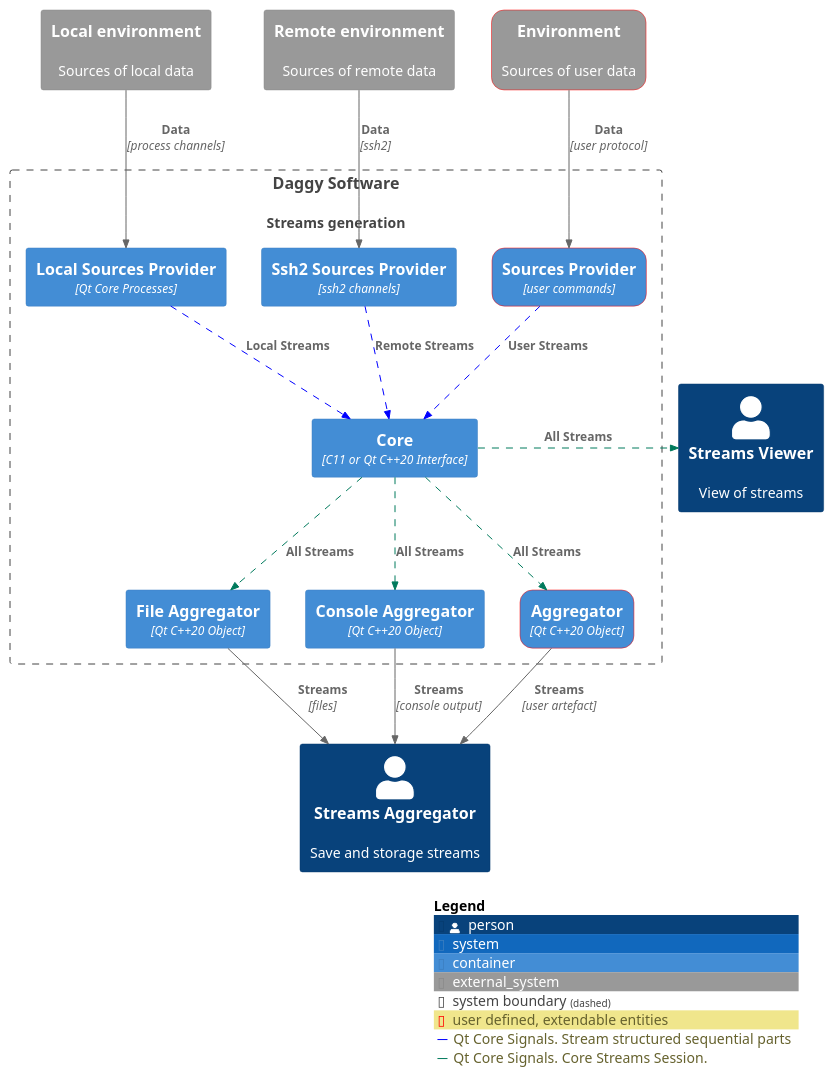
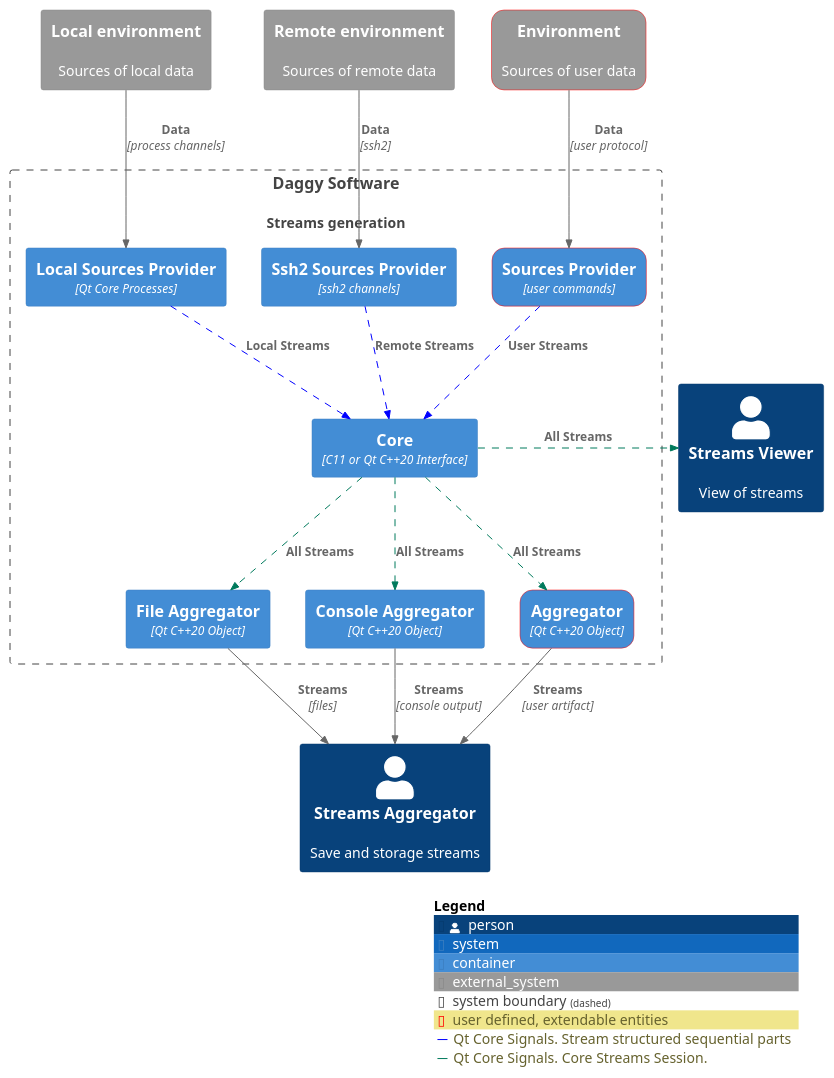
The diagram in docs/daggy_c4_L2.plantuml (synacker/daggy), drawn with PlantUML before and after one commit. The commit also changed 21 other files, not shown here.

```diff
--- a/docs/daggy_c4_L2.plantuml
+++ b/docs/daggy_c4_L2.plantuml
@@ -1,44 +1,44 @@
 @startuml C4_Elements
 !include https://raw.githubusercontent.com/plantuml-stdlib/C4-PlantUML/master/C4_Container.puml
 
 AddElementTag("user_defined", $borderColor="red", $shape=RoundedBoxShape(), $legendText="user defined, extendable entities")
 AddRelTag("qtsignals", $lineColor="blue", $lineStyle = DashedLine(), $legendText="Qt Core Signals. Stream structured sequential parts")
 AddRelTag("session", $lineColor="#007A5C", $lineStyle = DashedLine(), $legendText="Qt Core Signals. Core Streams Session.")
 
 Person(aggregator, "Streams Aggregator", "Save and storage streams")
 Person(viewer, "Streams Viewer", "View of streams")
 
 System_Ext(system_local_environment, "Local environment", "Sources of local data")
 System_Ext(system_remote_environment, "Remote environment", "Sources of remote data")
 System_Ext(system_user_defined_environment, "Environment", "Sources of user data", $tags="user_defined")
 System(system_daggy, "Daggy Software", "Streams generation")
 
 System_Boundary(system_daggy, "Daggy Software"){
     Container(provider_local, "Local Sources Provider", "Qt Core Processes")
     Container(provider_ssh2, "Ssh2 Sources Provider", "ssh2 channels")
     Container(provider_user, "Sources Provider", "user commands", $tags="user_defined")
     Container(core, "Core", "C11 or Qt C++20 Interface")
     Container(aggregator_file, "File Aggregator", "Qt C++20 Object")
     Container(aggregator_console, "Console Aggregator", "Qt C++20 Object")
     Container(aggregator_user, "Aggregator", "Qt C++20 Object", $tags="user_defined")
 }
 
 Rel(system_local_environment, provider_local, "Data", "process channels")
 Rel(system_remote_environment, provider_ssh2, "Data", "ssh2")
 Rel(system_user_defined_environment, provider_user, "Data", "user protocol")
 
 Rel(provider_local, core, "Local Streams", "", $tags="qtsignals")
 Rel(provider_ssh2, core, "Remote Streams", "", $tags="qtsignals")
 Rel(provider_user, core, "User Streams", "", $tags="qtsignals")
 
 Rel(core, aggregator_file, "All Streams", "", $tags="session")
 Rel(core, aggregator_console, "All Streams", "", $tags="session")
 Rel(core, aggregator_user, "All Streams", "", $tags="session")
 
 Rel(aggregator_file, aggregator, "Streams", "files")
 Rel(aggregator_console, aggregator, "Streams", "console output")
-Rel(aggregator_user, aggregator, "Streams", "user artefact")
+Rel(aggregator_user, aggregator, "Streams", "user artifact")
 Rel_R(core, viewer, "All Streams", "", $tags="session")
 
 SHOW_LEGEND()
 @enduml
```
